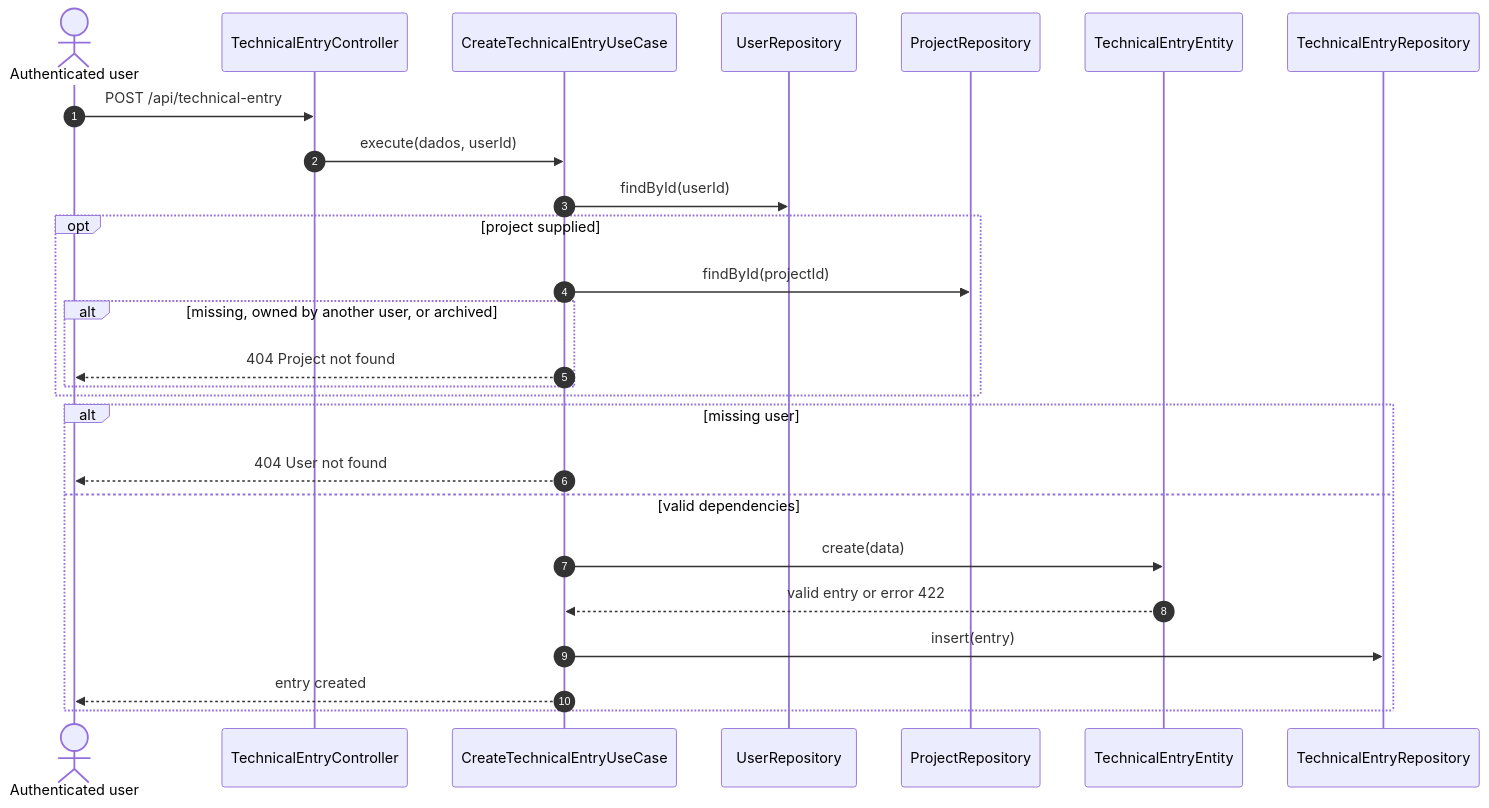
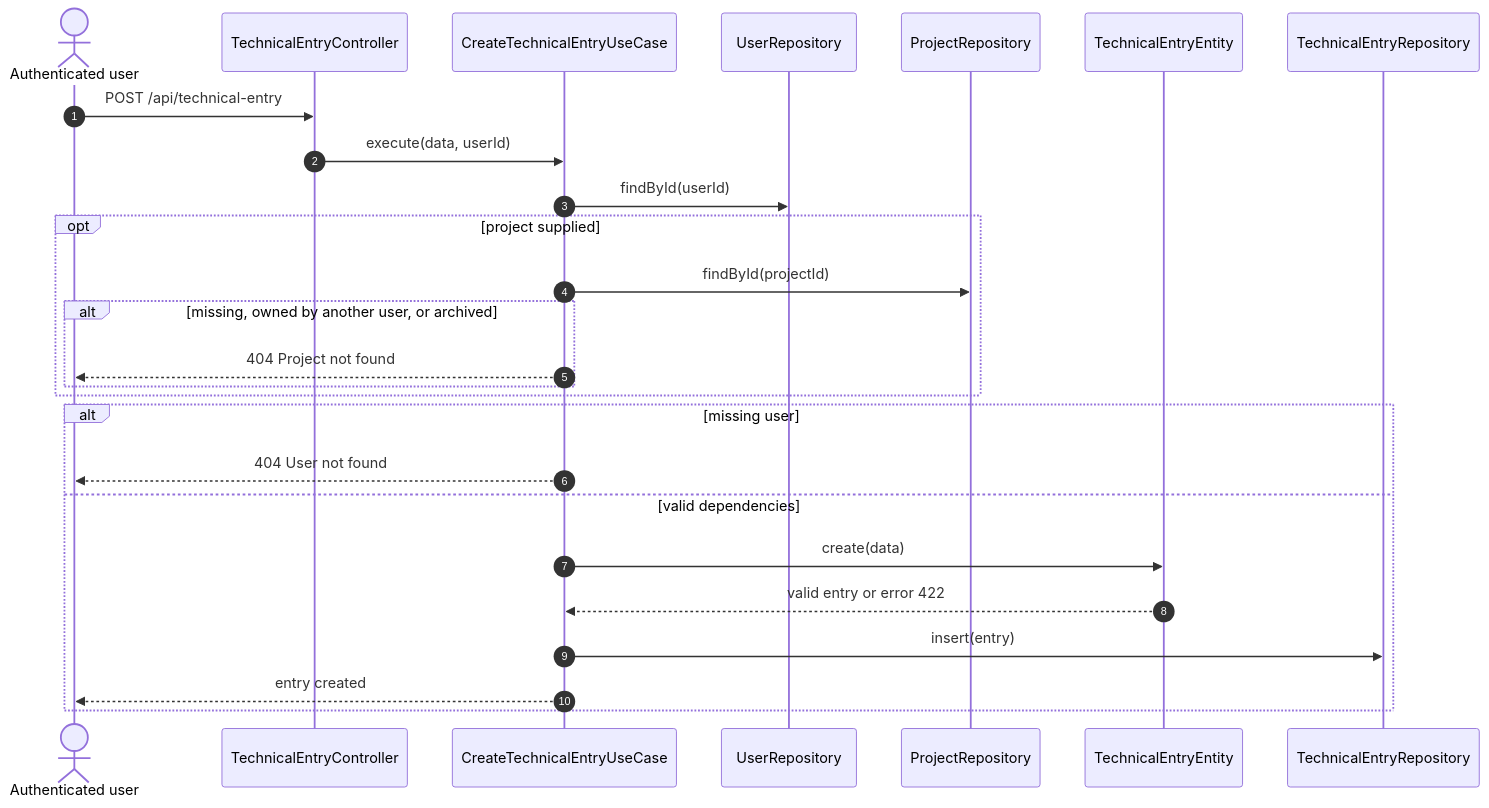
The first of 6 diagrams in docs/diagrams/sequences/technical-entries.md (Lucalopezz/DevLog), drawn with Mermaid before and after one commit. The commit also changed other lines of this file and 68 other files, not shown here.

````diff
--- a/docs/diagrams/sequences/technical-entries.md
+++ b/docs/diagrams/sequences/technical-entries.md
@@ -5,29 +5,29 @@
 ```mermaid
 sequenceDiagram
     autonumber
     actor UserActor as Authenticated user
     participant C as TechnicalEntryController
     participant UC as CreateTechnicalEntryUseCase
     participant URepo as UserRepository
     participant PRepo as ProjectRepository
     participant Entry as TechnicalEntryEntity
     participant ERepo as TechnicalEntryRepository
 
     UserActor->>C: POST /api/technical-entry
-    C->>UC: execute(dados, userId)
+    C->>UC: execute(data, userId)
     UC->>URepo: findById(userId)
     opt project supplied
         UC->>PRepo: findById(projectId)
         alt missing, owned by another user, or archived
             UC-->>UserActor: 404 Project not found
         end
     end
     alt missing user
         UC-->>UserActor: 404 User not found
     else valid dependencies
         UC->>Entry: create(data)
         Entry-->>UC: valid entry or error 422
         UC->>ERepo: insert(entry)
         UC-->>UserActor: entry created
     end
 ```
````
